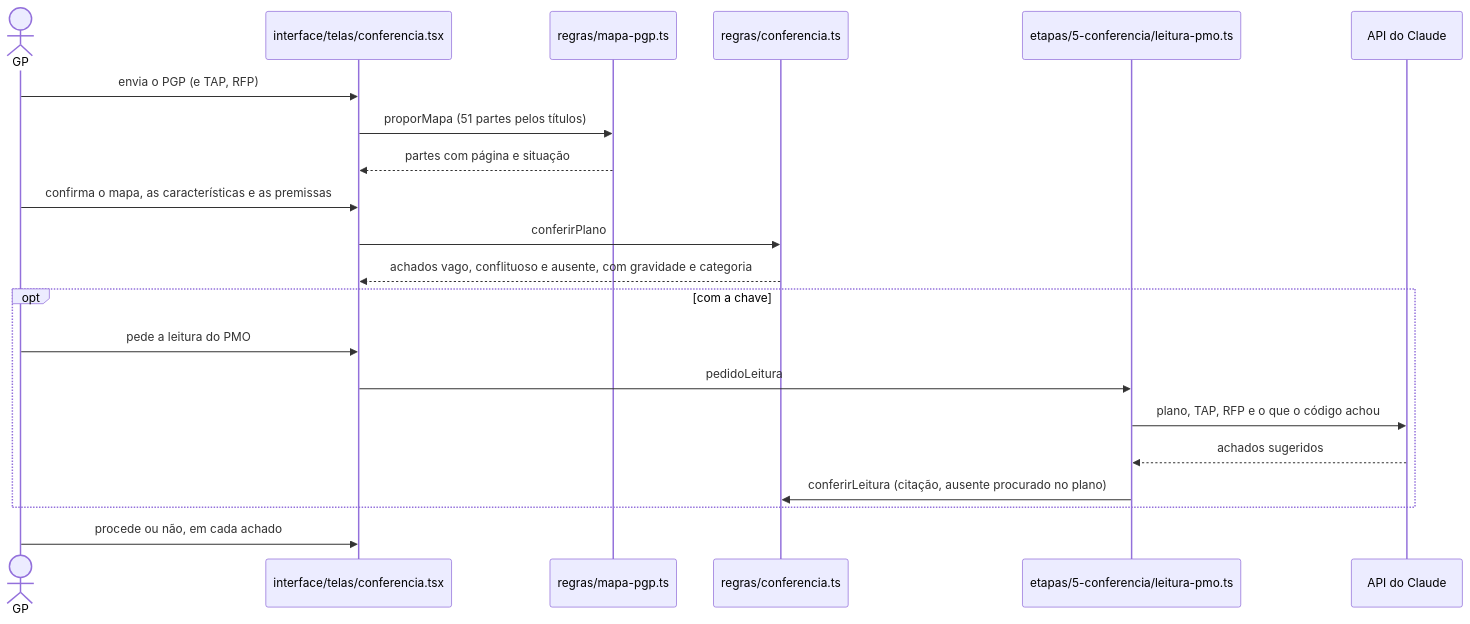
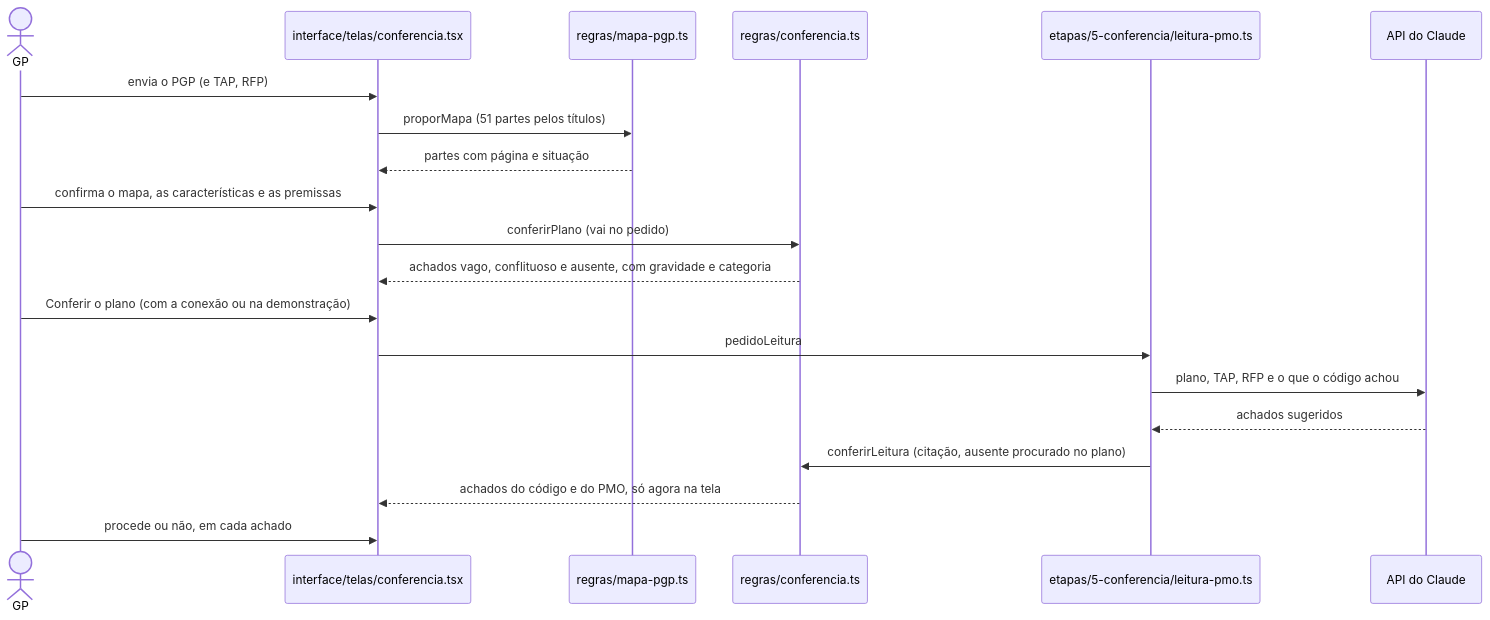
The fourth of 5 diagrams in docs/tecnico/06-fluxos.md (izacxll/raio-x-do-projeto), drawn with Mermaid before and after one commit. The commit also changed other lines of this file and 32 other files, not shown here.

First line of the commit message:
feat(interface): nenhuma etapa analisa sem a conexão com o Claude (decisão 0037); demonstração da etapa 5

````diff
--- a/docs/tecnico/06-fluxos.md
+++ b/docs/tecnico/06-fluxos.md
@@ -98,23 +96,22 @@
 ```mermaid
 sequenceDiagram
   actor GP
   participant Tela as interface/telas/conferencia.tsx
   participant Mapa as regras/mapa-pgp.ts
   participant Conf as regras/conferencia.ts
   participant Leit as etapas/5-conferencia/leitura-pmo.ts
   participant API as API do Claude
   GP->>Tela: envia o PGP (e TAP, RFP)
   Tela->>Mapa: proporMapa (51 partes pelos títulos)
   Mapa-->>Tela: partes com página e situação
   GP->>Tela: confirma o mapa, as características e as premissas
-  Tela->>Conf: conferirPlano
+  Tela->>Conf: conferirPlano (vai no pedido)
   Conf-->>Tela: achados vago, conflituoso e ausente, com gravidade e categoria
-  opt com a chave
-    GP->>Tela: pede a leitura do PMO
-    Tela->>Leit: pedidoLeitura
-    Leit->>API: plano, TAP, RFP e o que o código achou
-    API-->>Leit: achados sugeridos
-    Leit->>Conf: conferirLeitura (citação, ausente procurado no plano)
-  end
+  GP->>Tela: Conferir o plano (com a conexão ou na demonstração)
+  Tela->>Leit: pedidoLeitura
+  Leit->>API: plano, TAP, RFP e o que o código achou
+  API-->>Leit: achados sugeridos
+  Leit->>Conf: conferirLeitura (citação, ausente procurado no plano)
+  Conf-->>Tela: achados do código e do PMO, só agora na tela
   GP->>Tela: procede ou não, em cada achado
 ```
````
